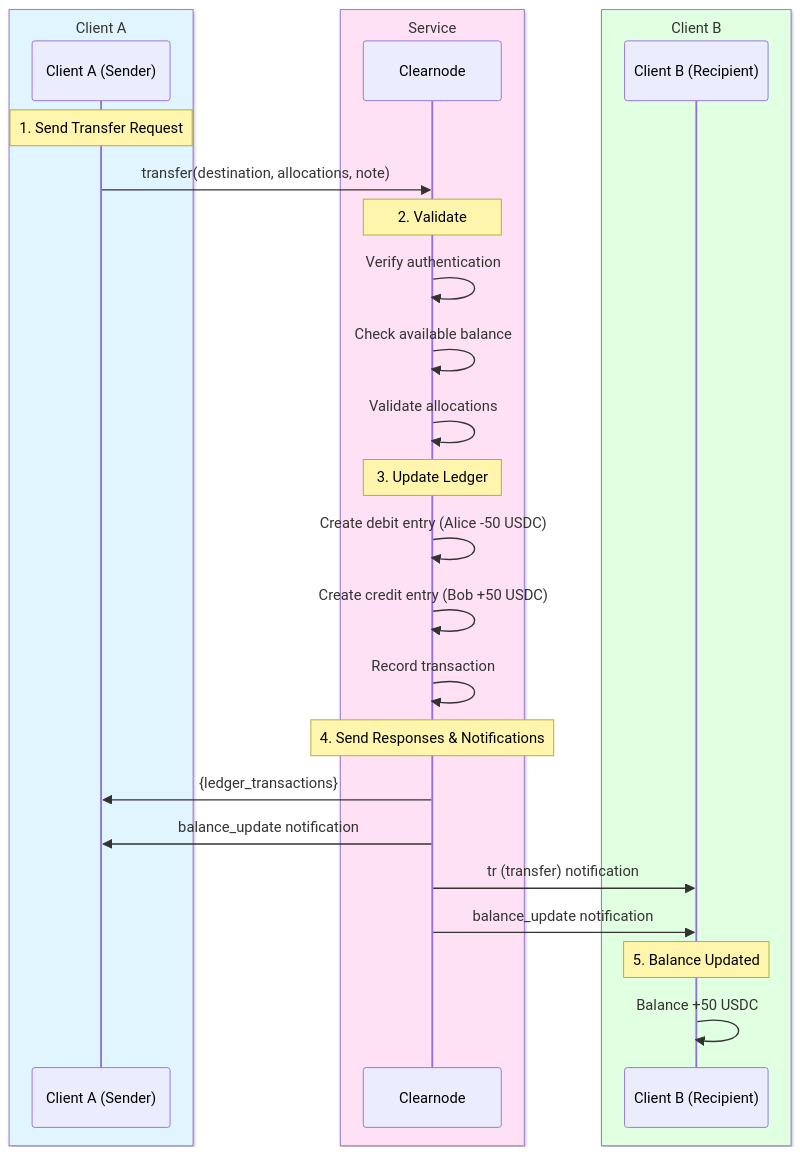
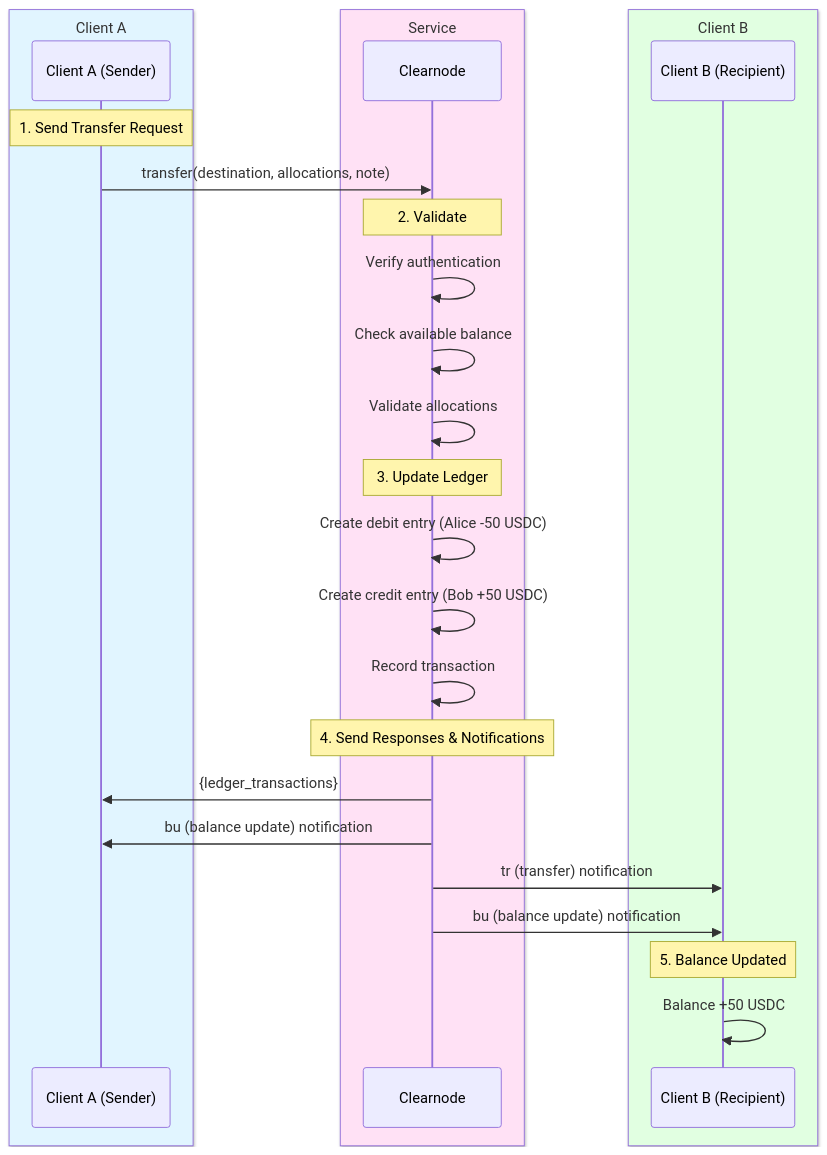
One commit to layer-3/docs changed the diagram in docs/protocol/off-chain/transfers.mdx. Above: the diagram before and after it, drawn with Mermaid. The commit also changed other lines of this file and 2 other files, not shown here.

Commit message:
Queries comments addressed

````diff
--- a/docs/protocol/off-chain/transfers.mdx
+++ b/docs/protocol/off-chain/transfers.mdx
@@ -158,35 +158,35 @@
 ```mermaid
 sequenceDiagram
     box rgb(225,245,255) Client A
         participant Alice as Client A (Sender)
     end
     box rgb(255,225,245) Service
         participant Clearnode
     end
     box rgb(225,255,225) Client B
         participant Bob as Client B (Recipient)
     end
 
     Note over Alice: 1. Send Transfer Request
     Alice->>Clearnode: transfer(destination, allocations, note)
 
     Note over Clearnode: 2. Validate
     Clearnode->>Clearnode: Verify authentication
     Clearnode->>Clearnode: Check available balance
     Clearnode->>Clearnode: Validate allocations
 
     Note over Clearnode: 3. Update Ledger
     Clearnode->>Clearnode: Create debit entry (Alice -50 USDC)
     Clearnode->>Clearnode: Create credit entry (Bob +50 USDC)
     Clearnode->>Clearnode: Record transaction
 
     Note over Clearnode: 4. Send Responses & Notifications
     Clearnode->>Alice: {ledger_transactions}
-    Clearnode->>Alice: balance_update notification
+    Clearnode->>Alice: bu (balance update) notification
     Clearnode->>Bob: tr (transfer) notification
-    Clearnode->>Bob: balance_update notification
+    Clearnode->>Bob: bu (balance update) notification
 
     Note over Bob: 5. Balance Updated
     Bob->>Bob: Balance +50 USDC
 
 ```
````
